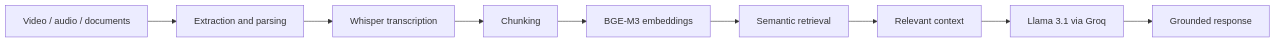
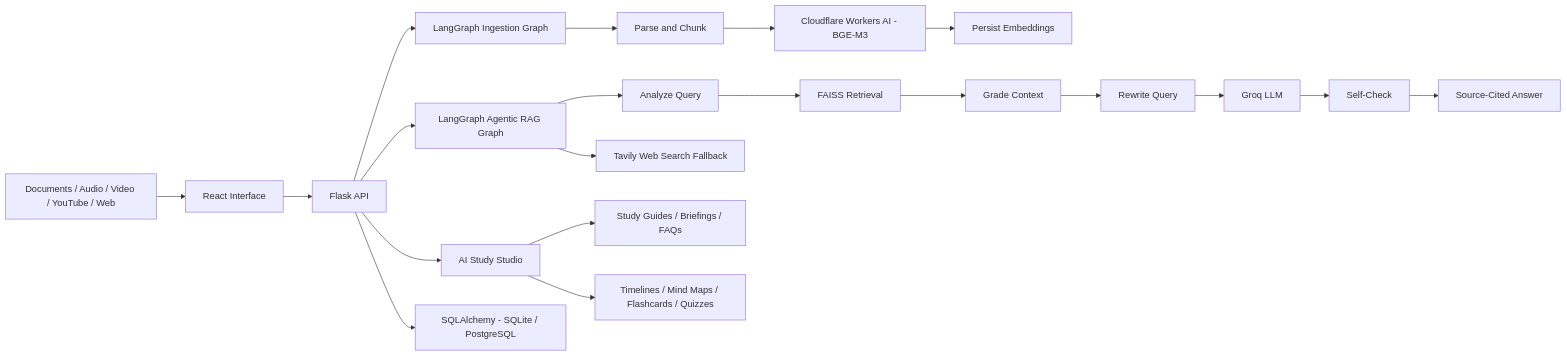
The second of 2 diagrams in README.md (srini526/srini526), drawn with Mermaid before and after one commit. The commit also changed other lines of this file, not shown here.

Commit message:
Revise README with updated project details and features
Updated project description and system flow details in README.md. Enhanced engineering notes with new features and technologies used.

````diff
--- a/README.md
+++ b/README.md
@@ -77,11 +77,22 @@
 ```mermaid
 flowchart LR
-    A[Video / audio / documents] --> B[Extraction and parsing]
-    B --> C[Whisper transcription]
-    C --> D[Chunking]
-    D --> E[BGE-M3 embeddings]
-    E --> F[Semantic retrieval]
-    F --> G[Relevant context]
-    G --> H[Llama 3.1 via Groq]
-    H --> I[Grounded response]
+    A[Documents / Audio / Video / YouTube / Web] --> B[React Interface]
+    B --> C[Flask API]
+    C --> D[LangGraph Ingestion Graph]
+    D --> E[Parse and Chunk]
+    E --> F[Cloudflare Workers AI - BGE-M3]
+    F --> G[Persist Embeddings]
+    C --> H[LangGraph Agentic RAG Graph]
+    H --> I[Analyze Query]
+    I --> J[FAISS Retrieval]
+    J --> K[Grade Context]
+    K --> L[Rewrite Query]
+    L --> M[Groq LLM]
+    M --> N[Self-Check]
+    N --> O[Source-Cited Answer]
+    C --> P[AI Study Studio]
+    P --> Q[Study Guides / Briefings / FAQs]
+    P --> R[Timelines / Mind Maps / Flashcards / Quizzes]
+    C --> S[SQLAlchemy - SQLite / PostgreSQL]
+    H --> T[Tavily Web Search Fallback]
 ```
````
